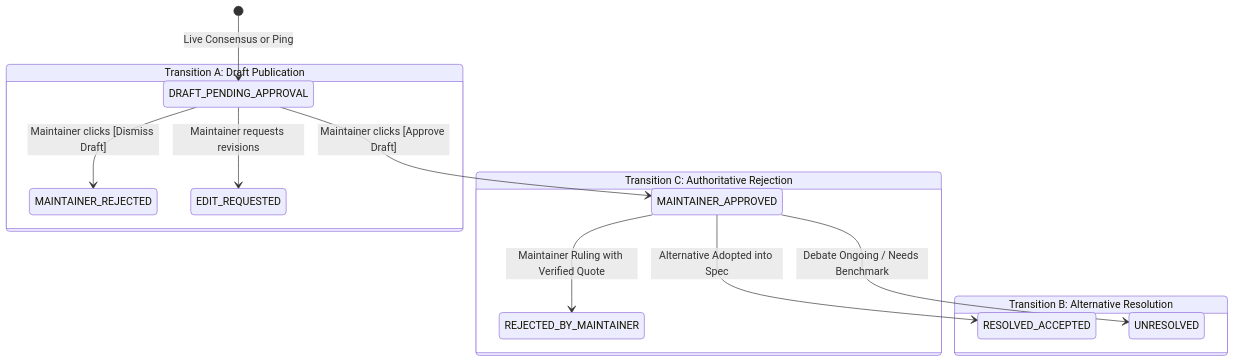
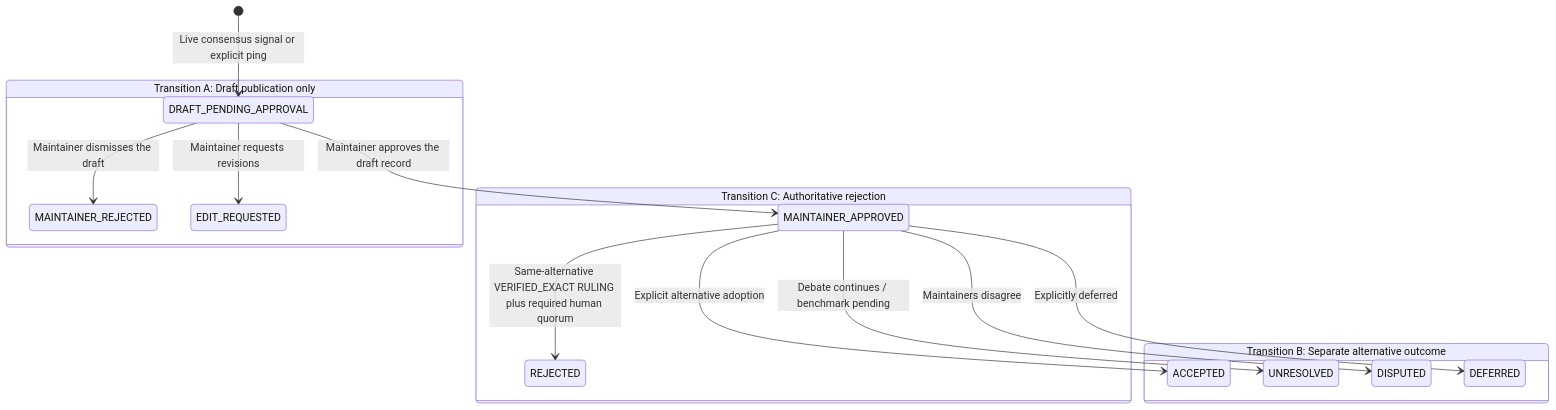
The second of 2 diagrams in docs/TWO_PILLAR_ARCHITECTURE.md (MRiARC/biscuit), drawn with Mermaid before and after one commit. The commit also changed other lines of this file and 2 other files, not shown here.

Commit message:
docs: reconcile two-pillar architecture review findings

````diff
--- a/docs/TWO_PILLAR_ARCHITECTURE.md
+++ b/docs/TWO_PILLAR_ARCHITECTURE.md
@@ -209,19 +220,21 @@
 ```mermaid
 stateDiagram-v2
-    [*] --> DRAFT_PENDING_APPROVAL: Live Consensus or Ping
+    [*] --> DRAFT_PENDING_APPROVAL: Live consensus signal or explicit ping
 
-    state "Transition A: Draft Publication" as TransA {
-        DRAFT_PENDING_APPROVAL --> MAINTAINER_APPROVED: Maintainer clicks [Approve Draft]
-        DRAFT_PENDING_APPROVAL --> MAINTAINER_REJECTED: Maintainer clicks [Dismiss Draft]
+    state "Transition A: Draft publication only" as TransA {
+        DRAFT_PENDING_APPROVAL --> MAINTAINER_APPROVED: Maintainer approves the draft record
+        DRAFT_PENDING_APPROVAL --> MAINTAINER_REJECTED: Maintainer dismisses the draft
         DRAFT_PENDING_APPROVAL --> EDIT_REQUESTED: Maintainer requests revisions
     }
 
-    state "Transition B: Alternative Resolution" as TransB {
-        MAINTAINER_APPROVED --> RESOLVED_ACCEPTED: Alternative Adopted into Spec
-        MAINTAINER_APPROVED --> UNRESOLVED: Debate Ongoing / Needs Benchmark
+    state "Transition B: Separate alternative outcome" as TransB {
+        MAINTAINER_APPROVED --> ACCEPTED: Explicit alternative adoption
+        MAINTAINER_APPROVED --> UNRESOLVED: Debate continues / benchmark pending
+        MAINTAINER_APPROVED --> DISPUTED: Maintainers disagree
+        MAINTAINER_APPROVED --> DEFERRED: Explicitly deferred
     }
 
-    state "Transition C: Authoritative Rejection" as TransC {
-        MAINTAINER_APPROVED --> REJECTED_BY_MAINTAINER: Maintainer Ruling with Verified Quote
+    state "Transition C: Authoritative rejection" as TransC {
+        MAINTAINER_APPROVED --> REJECTED: Same-alternative VERIFIED_EXACT RULING plus required human quorum
     }
 ```
````
